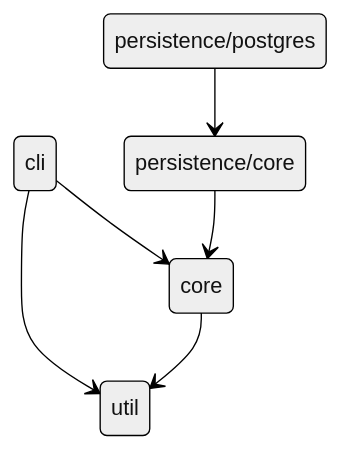
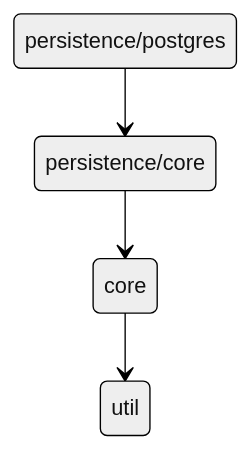
One commit to ayakovlenko/dirigent changed the diagram in README.md. Above: the diagram before and after it, drawn with Mermaid (neutral theme). The commit also changed 4 other files, not shown here.

````diff
--- a/README.md
+++ b/README.md
@@ -19,14 +19,11 @@
 ```mermaid
 stateDiagram-v2
     state "core" as s0
-    state "cli" as s1
-    state "util" as s2
-    state "persistence/core" as s3
-    state "persistence/postgres" as s4
+    state "util" as s1
+    state "persistence/core" as s2
+    state "persistence/postgres" as s3
 
-    s0 --> s2
-    s1 --> s0
-    s1 --> s2
-    s3 --> s0
-    s4 --> s3
+    s0 --> s1
+    s2 --> s0
+    s3 --> s2
 ```
````
